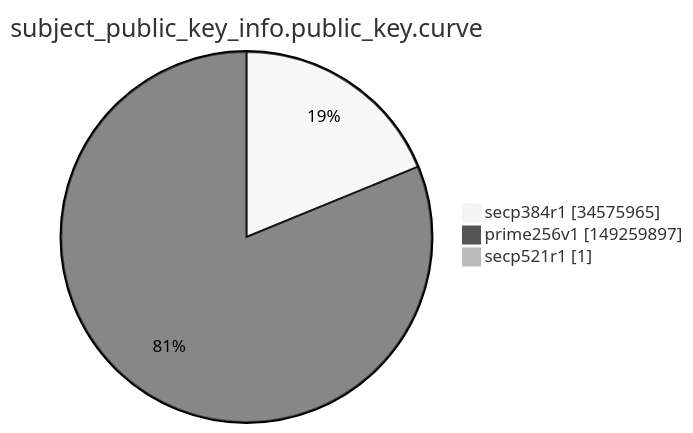
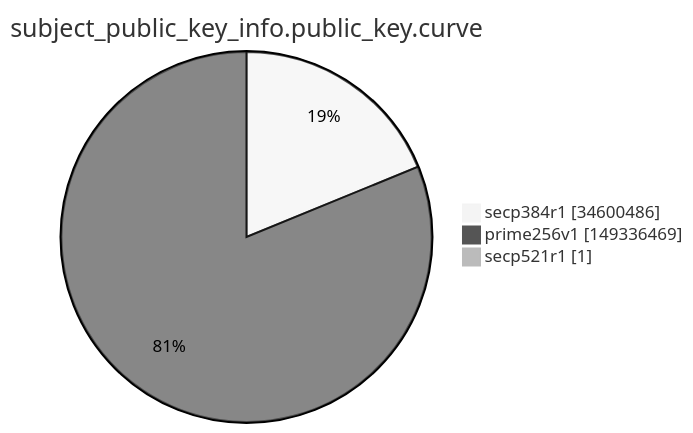
One commit to christiankrug/ctmonitor_visualization changed the ninth of 15 diagrams in argon2022/README.md. Above: the diagram before and after it, drawn with Mermaid (neutral theme). The commit also changed other lines of this file, not shown here.

````diff
--- a/argon2022/README.md
+++ b/argon2022/README.md
@@ -2764,7 +2764,7 @@
 ```mermaid
 pie showData
 title subject_public_key_info.public_key.curve
-"secp384r1" :34575965
-"prime256v1" :149259897
+"secp384r1" :34600486
+"prime256v1" :149336469
 "secp521r1" :1
 ```
````
